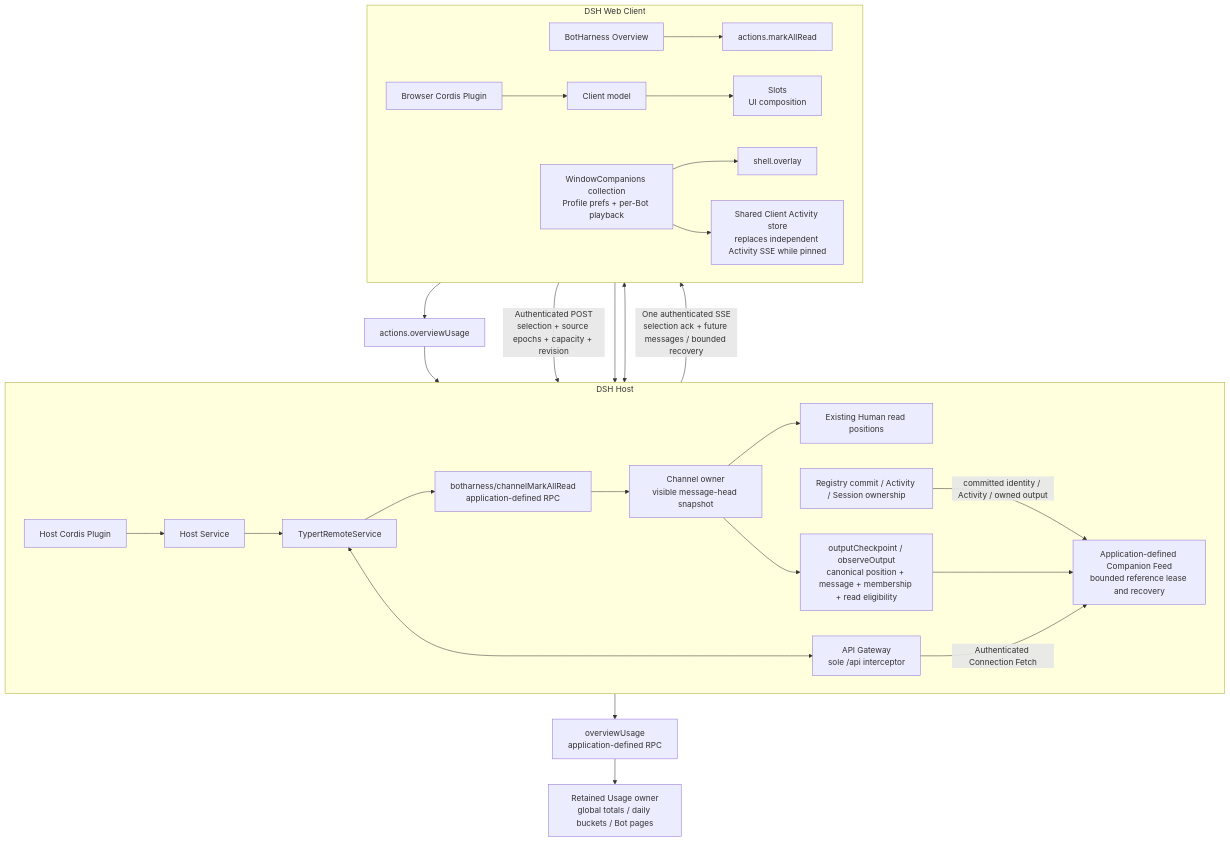
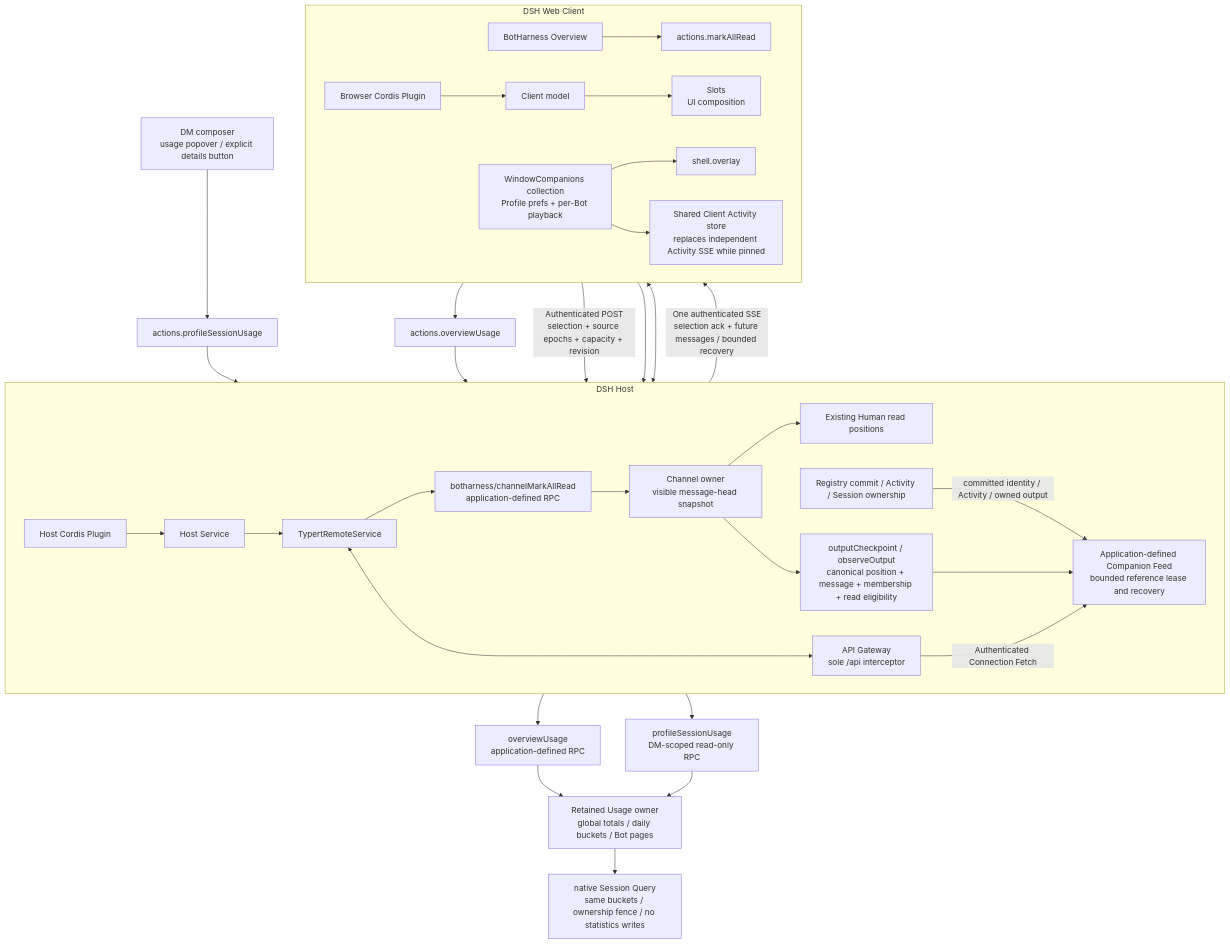
The diagram in docs/architecture/diagrams/en/09-dsh-host-client.mmd (sdkwork-ai/sdkwork-deepseekbot), drawn with Mermaid before and after one commit. The commit also changed 43 other files, not shown here.

First line of the commit message:
feat(client): add scoped DM composer context and shortcuts (#1432)

```diff
--- a/docs/architecture/diagrams/en/09-dsh-host-client.mmd
+++ b/docs/architecture/diagrams/en/09-dsh-host-client.mmd
@@ -1,30 +1,35 @@
 flowchart TB
   subgraph Host["DSH Host"]
     direction LR
     HostPlugin["Host Cordis Plugin"] --> Service["Host Service"]
     Service --> Remote["TypertRemoteService"]
     ReadRPC["botharness/channelMarkAllRead<br/>application-defined RPC"] --> Channels["Channel owner<br/>visible message-head snapshot"]
     Channels --> ReadPositions["Existing Human read positions"]
     Remote <--> Gateway["API Gateway<br/>sole /api interceptor"]
     Registry["Registry commit / Activity / Session ownership"] -->|"committed identity / Activity / owned output"| Feed["Application-defined Companion Feed<br/>bounded reference lease and recovery"]
     Channels --> Observation["outputCheckpoint / observeOutput<br/>canonical position + message + membership + read eligibility"]
     Observation --> Feed
   end
   subgraph Browser["DSH Web Client"]
     direction LR
     ClientPlugin["Browser Cordis Plugin"] --> Model["Client model"]
     Overview["BotHarness Overview"] --> ReadAction["actions.markAllRead"]
     Model --> Slots["Slots<br/>UI composition"]
     Companion["WindowCompanions collection<br/>Profile prefs + per-Bot playback"] --> Overlay["shell.overlay"]
     Companion --> Activity["Shared Client Activity store<br/>replaces independent Activity SSE while pinned"]
   end
   Gateway <--> Model
   Gateway -->|"Authenticated Connection Fetch"| Feed
   Feed -->|"One authenticated SSE<br/>selection ack + future messages / bounded recovery"| Companion
   Companion -->|"Authenticated POST<br/>selection + source epochs + capacity + revision"| Feed
   ReadAction --> Gateway
   Remote --> ReadRPC
   Overview --> UsageAction["actions.overviewUsage"]
   UsageAction --> Gateway
   Remote --> UsageRPC["overviewUsage<br/>application-defined RPC"]
   UsageRPC --> UsageOwner["Retained Usage owner<br/>global totals / daily buckets / Bot pages"]
+  Composer["DM composer<br/>usage popover / explicit details button"] --> SessionAction["actions.profileSessionUsage"]
+  SessionAction --> Gateway
+  Remote --> SessionRPC["profileSessionUsage<br/>DM-scoped read-only RPC"]
+  SessionRPC --> UsageOwner
+  UsageOwner --> SessionQuery["native Session Query<br/>same buckets / ownership fence / no statistics writes"]
```
